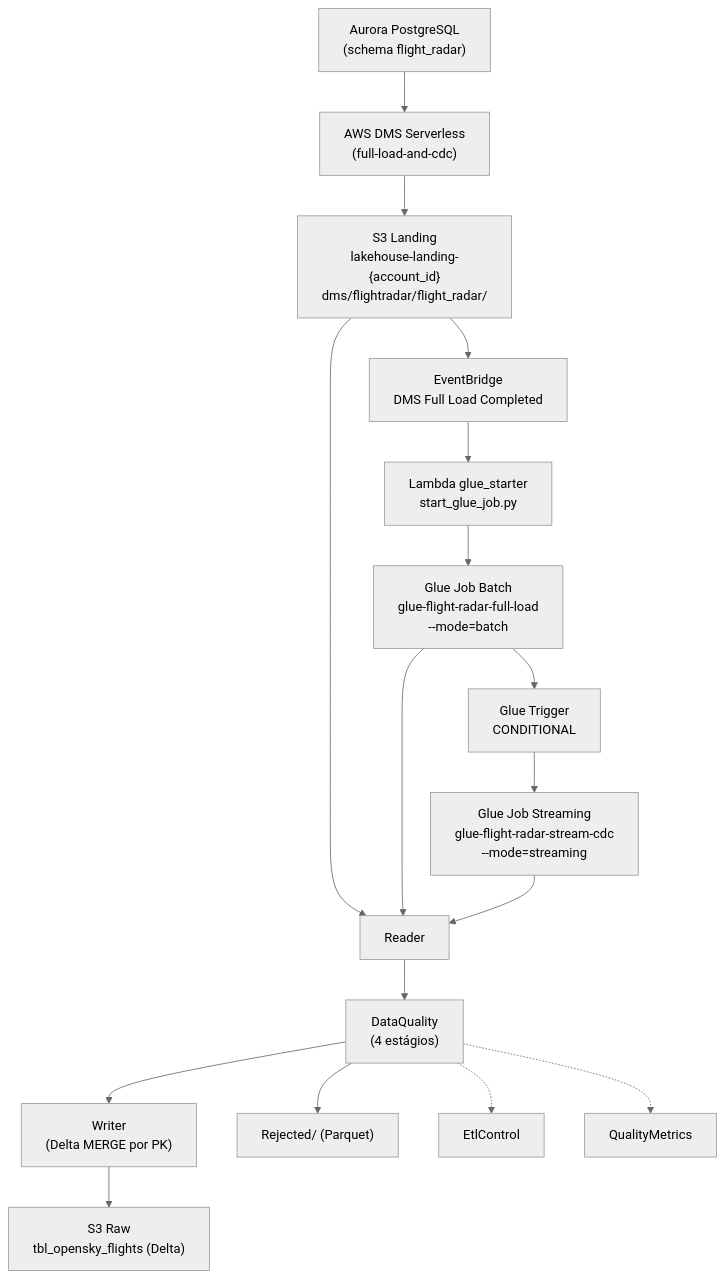
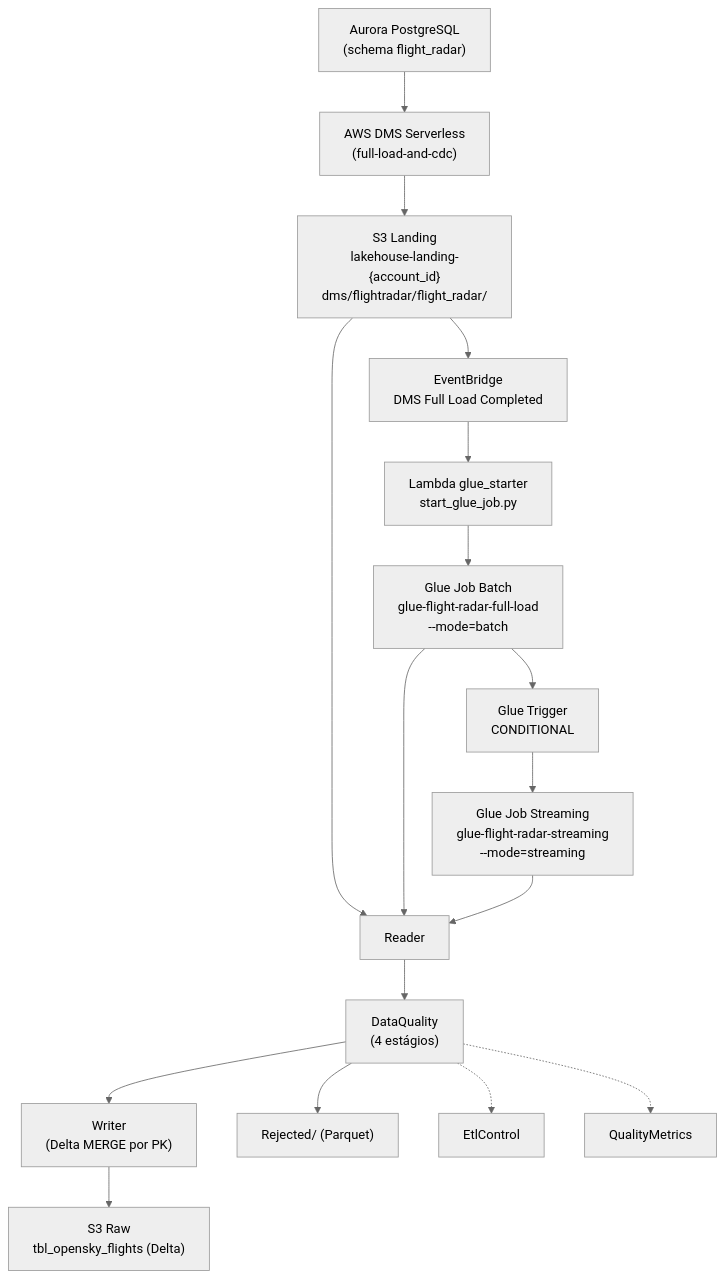
One commit to jamilvilela/aws-streaming-flight-radar-glue changed the second of 3 diagrams in docs-sdd/arquitetura.md. Above: the diagram before and after it, drawn with Mermaid (neutral theme). The commit also changed 19 other files, not shown here.

````diff
--- a/docs-sdd/arquitetura.md
+++ b/docs-sdd/arquitetura.md
@@ -204,35 +204,35 @@
 ```mermaid
 flowchart TD
     AURO["Aurora PostgreSQL<br/>(schema flight_radar)"]
     DMS["AWS DMS Serverless<br/>(full-load-and-cdc)"]
     LAND["S3 Landing<br/>lakehouse-landing-{account_id}<br/>dms/flightradar/flight_radar/"]
     EVB["EventBridge<br/>DMS Full Load Completed"]
     LAMBDA["Lambda glue_starter<br/>start_glue_job.py"]
     BATCH["Glue Job Batch<br/>glue-flight-radar-full-load<br/>--mode=batch"]
     TRIG["Glue Trigger<br/>CONDITIONAL"]
-    STREAM["Glue Job Streaming<br/>glue-flight-radar-stream-cdc<br/>--mode=streaming"]
+    STREAM["Glue Job Streaming<br/>glue-flight-radar-streaming<br/>--mode=streaming"]
     READER["Reader"]
     DQ["DataQuality<br/>(4 estágios)"]
     WRITER["Writer<br/>(Delta MERGE por PK)"]
     REJ["Rejected/ (Parquet)"]
     RAW["S3 Raw<br/>tbl_opensky_flights (Delta)"]
     ETL["EtlControl"]
     QM["QualityMetrics"]
 
     AURO --> DMS
     DMS --> LAND
     LAND --> EVB
     EVB --> LAMBDA
     LAMBDA --> BATCH
     BATCH --> TRIG
     TRIG --> STREAM
     LAND --> READER
     BATCH --> READER
     STREAM --> READER
     READER --> DQ
     DQ --> WRITER
     DQ --> REJ
     WRITER --> RAW
     DQ -.-> ETL
     DQ -.-> QM
 ```
````
